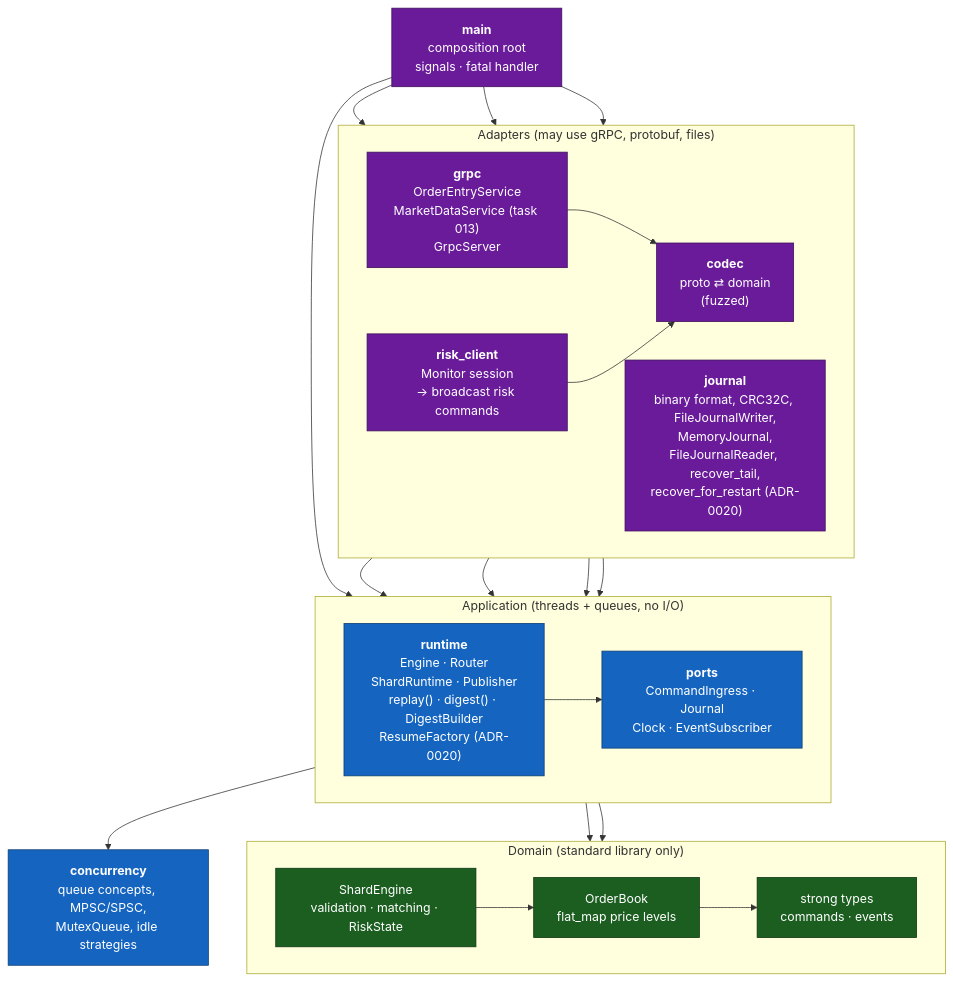
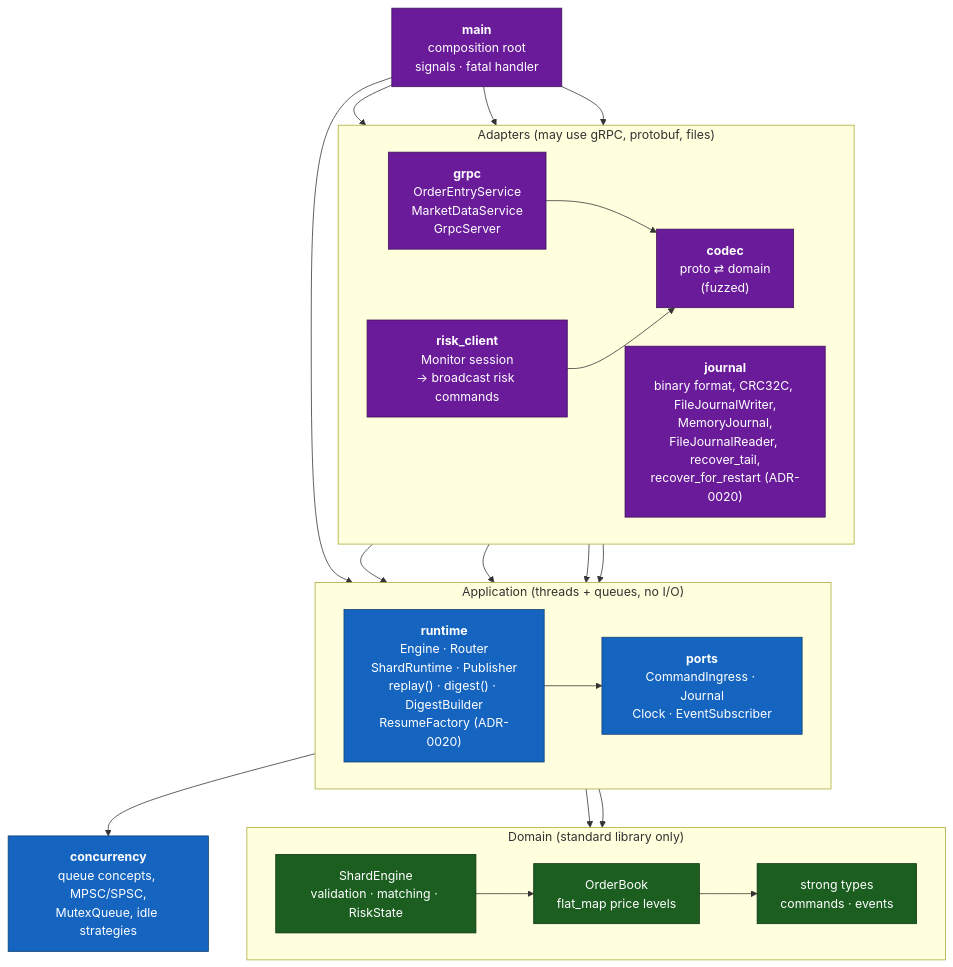
One commit to Tomek52/lockstep-exchange changed the second of 2 diagrams in docs/architecture/c4-container.md. Above: the diagram before and after it, drawn with Mermaid. The commit also changed 15 other files, not shown here.

First line of the commit message:
feat(grpc): MarketDataService.Subscribe with slow-consumer policy

````diff
--- a/docs/architecture/c4-container.md
+++ b/docs/architecture/c4-container.md
@@ -45,46 +45,46 @@
 ```mermaid
 flowchart TB
     subgraph adapters["Adapters  (may use gRPC, protobuf, files)"]
         direction LR
-        grpc["<b>grpc</b><br/>OrderEntryService<br/>MarketDataService (task 013)<br/>GrpcServer"]
+        grpc["<b>grpc</b><br/>OrderEntryService<br/>MarketDataService<br/>GrpcServer"]
         risk["<b>risk_client</b><br/>Monitor session<br/>→ broadcast risk commands"]
         codec["<b>codec</b><br/>proto ⇄ domain<br/>(fuzzed)"]
         jrnl["<b>journal</b><br/>binary format, CRC32C, FileJournalWriter,<br/>MemoryJournal,<br/>FileJournalReader, recover_tail,<br/>recover_for_restart (ADR-0020)"]
     end
 
     subgraph app["Application  (threads + queues, no I/O)"]
         direction LR
         ports["<b>ports</b><br/>CommandIngress · Journal<br/>Clock · EventSubscriber"]
         runtime["<b>runtime</b><br/>Engine · Router<br/>ShardRuntime · Publisher<br/>replay() · digest() · DigestBuilder<br/>ResumeFactory (ADR-0020)"]
     end
 
     conc["<b>concurrency</b><br/>queue concepts, MPSC/SPSC,<br/>MutexQueue, idle strategies"]
 
     subgraph domain["Domain  (standard library only)"]
         direction LR
         types["strong types<br/>commands · events"]
         book["OrderBook<br/>flat_map price levels"]
         engine["ShardEngine<br/>validation · matching · RiskState"]
     end
 
     main["<b>main</b><br/>composition root<br/>signals · fatal handler"]
 
     main --> grpc & risk & jrnl & runtime
     grpc --> codec --> ports
     risk --> codec
     grpc --> ports
     risk --> ports
     jrnl --> ports
     runtime --> ports
     runtime --> conc
     runtime --> engine
     ports --> types
     engine --> book --> types
 
     classDef dom fill:#1b5e20,color:#fff,stroke:#0d3311
     classDef ap fill:#1565c0,color:#fff,stroke:#0d3d73
     classDef ad fill:#6a1b9a,color:#fff,stroke:#3d0f59
     class types,book,engine dom
     class ports,runtime,conc ap
     class grpc,risk,codec,jrnl,main ad
 ```
````
